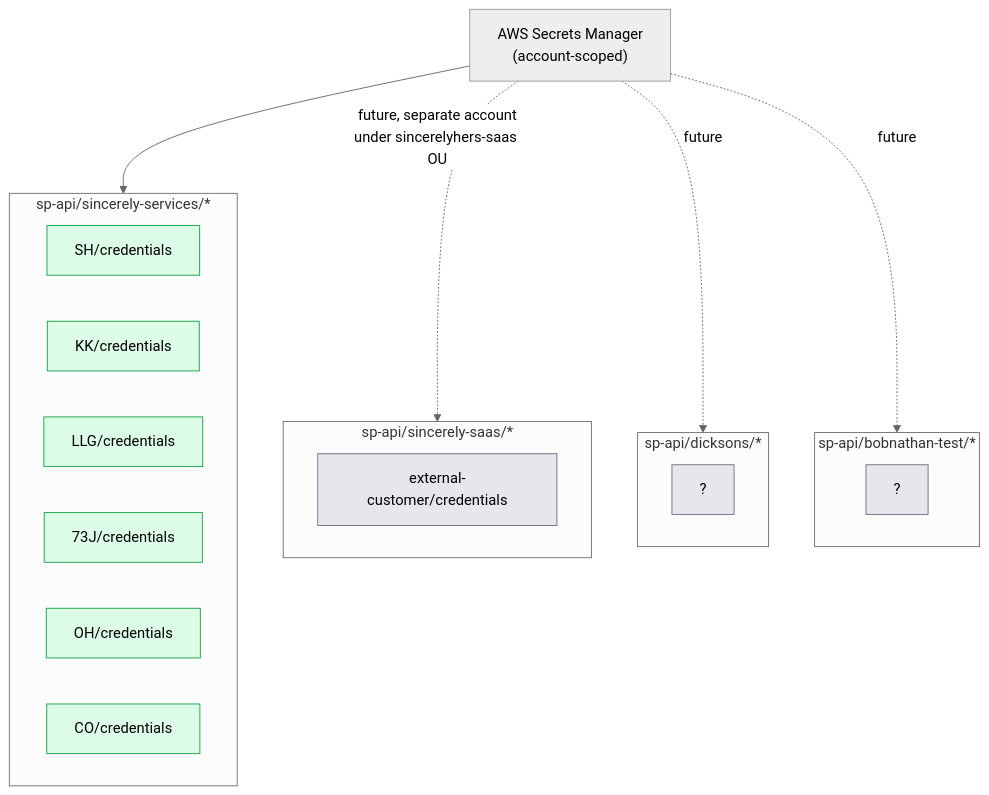
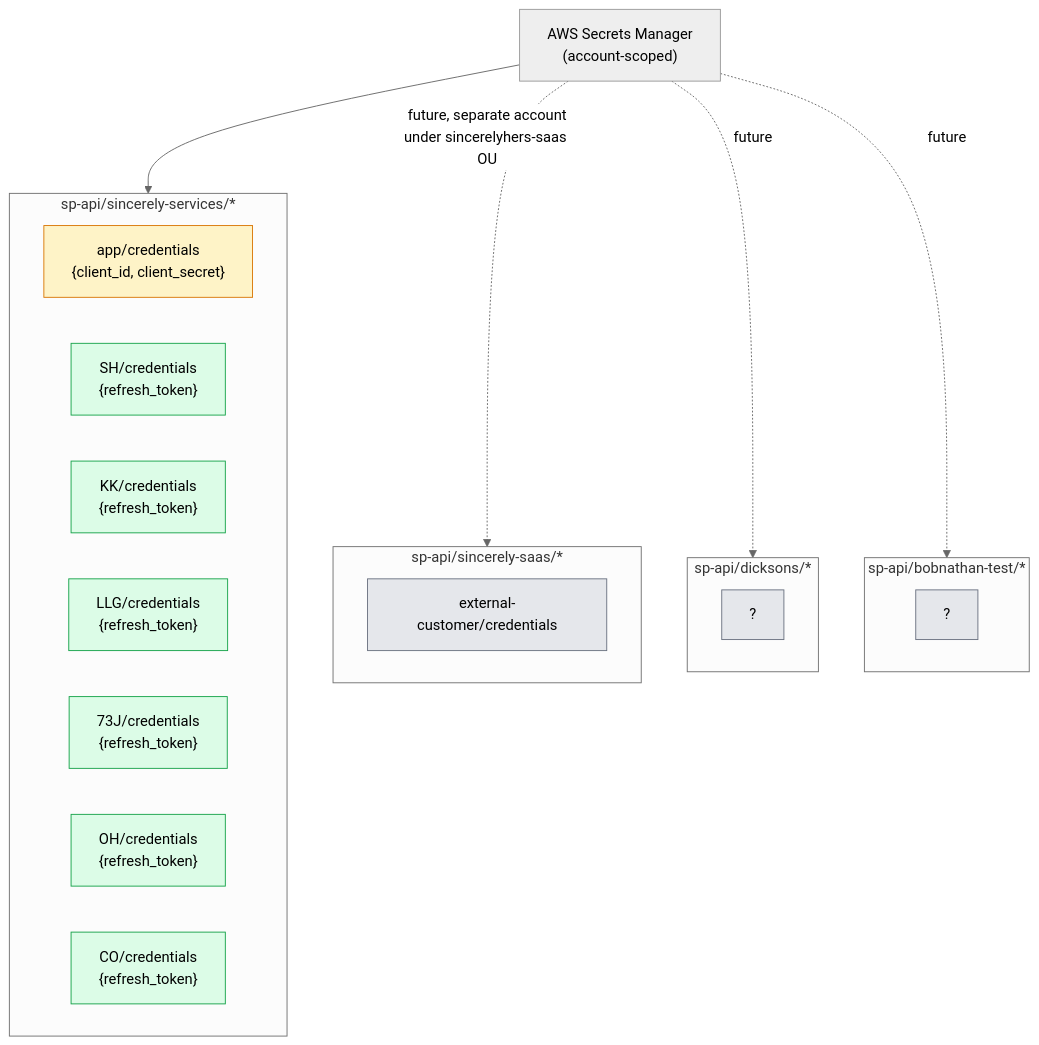
One commit to BravoAlpha59/cloud-monorepo changed the first of 2 diagrams in docs/architecture/04-secrets-and-auth.md. Above: the diagram before and after it, drawn with Mermaid (neutral theme). The commit also changed other lines of this file and 8 other files, not shown here.

````diff
--- a/docs/architecture/04-secrets-and-auth.md
+++ b/docs/architecture/04-secrets-and-auth.md
@@ -21,35 +21,38 @@
 ```mermaid
 flowchart TD
     SM["AWS Secrets Manager<br/>(account-scoped)"]
 
     subgraph SS["sp-api/sincerely-services/*"]
-      SH["SH/credentials"]
-      KK["KK/credentials"]
-      LLG["LLG/credentials"]
-      J73["73J/credentials"]
-      OH["OH/credentials"]
-      CO["CO/credentials"]
+      App["app/credentials<br/>{client_id, client_secret}"]
+      SH["SH/credentials<br/>{refresh_token}"]
+      KK["KK/credentials<br/>{refresh_token}"]
+      LLG["LLG/credentials<br/>{refresh_token}"]
+      J73["73J/credentials<br/>{refresh_token}"]
+      OH["OH/credentials<br/>{refresh_token}"]
+      CO["CO/credentials<br/>{refresh_token}"]
     end
 
     subgraph FUTURE["sp-api/sincerely-saas/*"]
       Saas["external-customer/credentials"]
     end
 
     subgraph FUTURE2["sp-api/dicksons/*"]
       Dick["?"]
     end
 
     subgraph FUTURE3["sp-api/bobnathan-test/*"]
       Bn["?"]
     end
 
     SM --> SS
     SM -. "future, separate account<br/>under sincerelyhers-saas OU" .-> FUTURE
     SM -. "future" .-> FUTURE2
     SM -. "future" .-> FUTURE3
 
     classDef live fill:#dcfce7,stroke:#16a34a,color:#000
+    classDef app fill:#fef3c7,stroke:#d97706,color:#000
     classDef future fill:#e5e7eb,stroke:#6b7280,color:#000
+    class App app
     class SH,KK,LLG,J73,OH,CO live
     class Saas,Dick,Bn future
 ```
````
